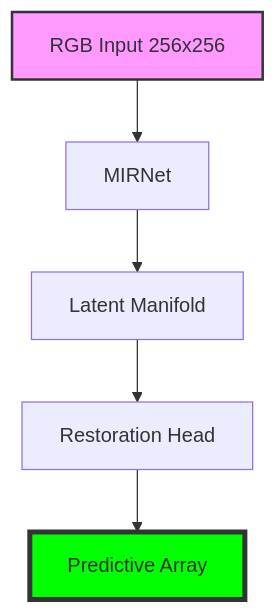
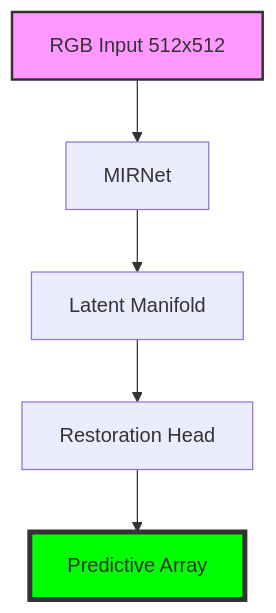
Before and after one commit to lemgenda/lemgendary-pretrained-models: the diagram in mirnet_exposure/README.md, drawn with Mermaid. The commit also changed other lines of this file and 31 other files, not shown here.

````diff
--- a/mirnet_exposure/README.md
+++ b/mirnet_exposure/README.md
@@ -16,10 +16,10 @@
 ```mermaid
 graph TD
-    Input[RGB Input 256x256] --> Backbone[MIRNet]
+    Input[RGB Input 512x512] --> Backbone[MIRNet]
     Backbone --> Manifold[Latent Manifold]
     Manifold --> Head[Restoration Head]
     Head --> Output[Predictive Array]
     
     style Input fill:#f9f,stroke:#333,stroke-width:2px
     style Output fill:#00ff00,stroke:#333,stroke-width:4px
 ```
````
